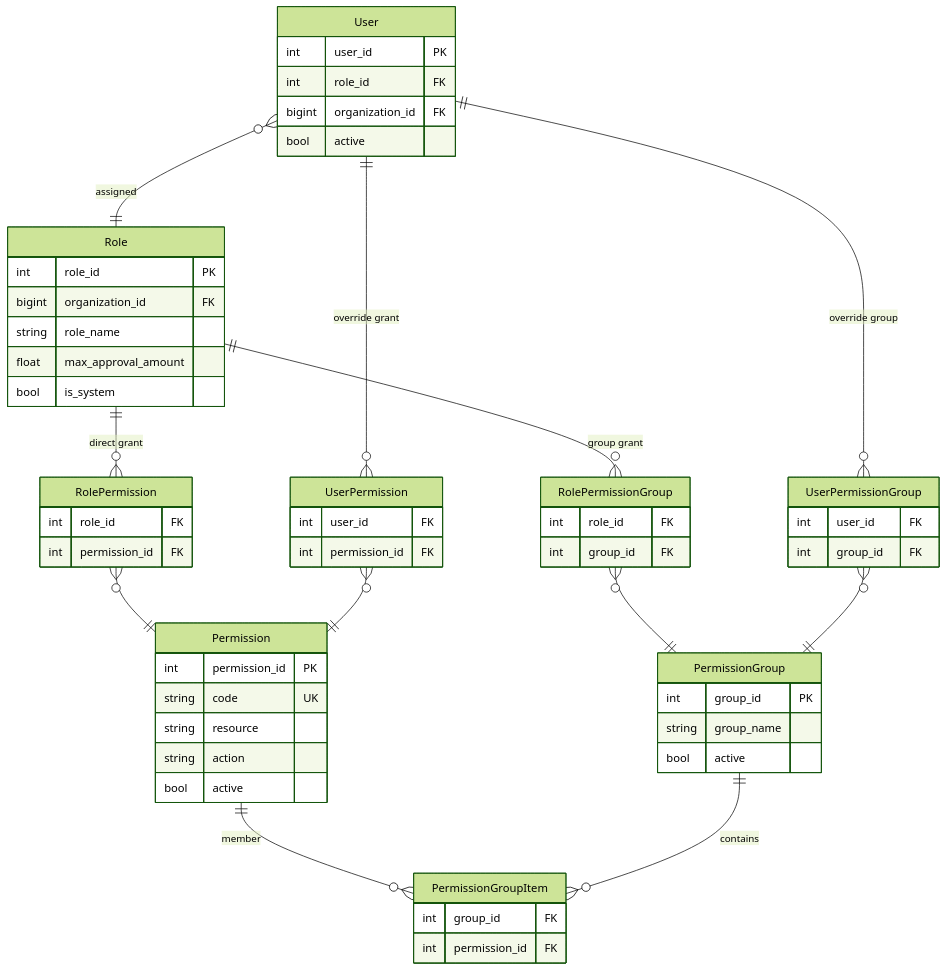
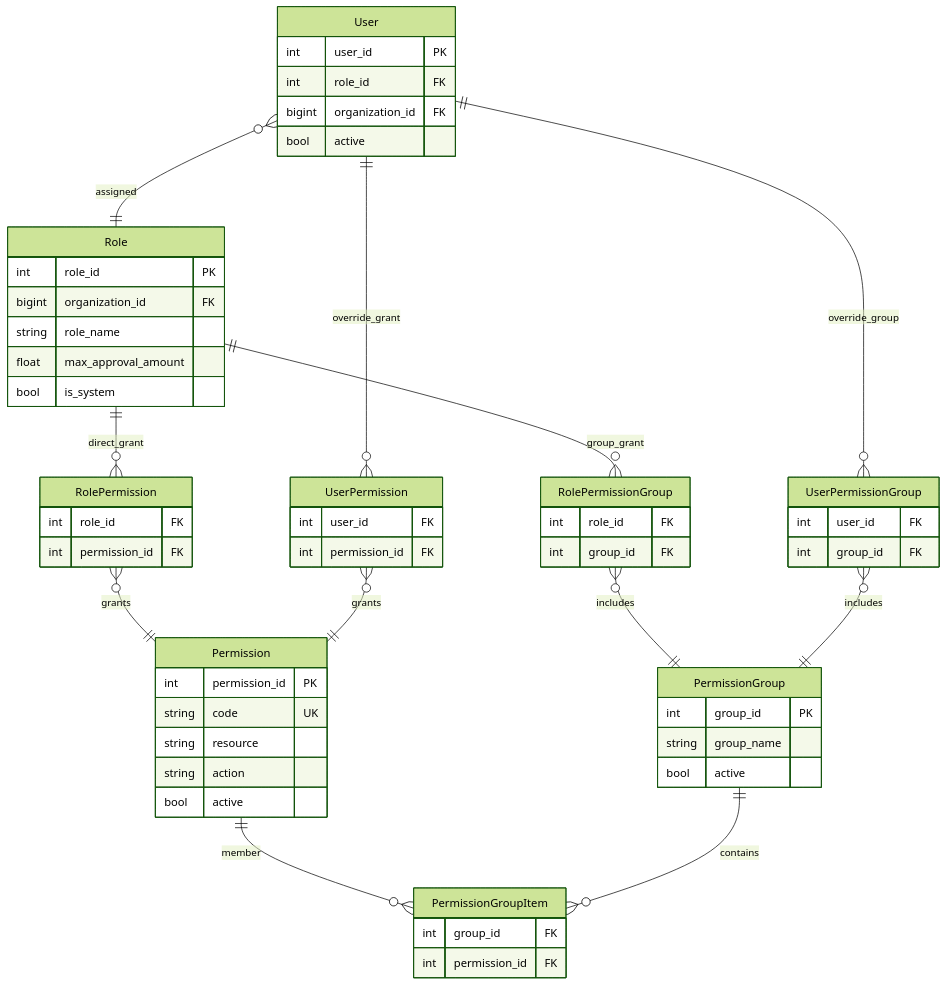
One commit to coconsulting2/cocowiki changed the second of 6 diagrams in docs/arquitectura-datos/arquitectura-aplicacion.md. Above: the diagram before and after it, drawn with Mermaid (forest theme). The commit also changed other lines of this file and 7 other files, not shown here.

First line of the commit message:
docs: enhance architecture documentation with new references and updates

````diff
--- a/docs/arquitectura-datos/arquitectura-aplicacion.md
+++ b/docs/arquitectura-datos/arquitectura-aplicacion.md
@@ -108,68 +108,68 @@
 ```mermaid
 erDiagram
     Permission {
         int permission_id PK
         string code UK
         string resource
         string action
         bool active
     }
 
     PermissionGroup {
         int group_id PK
         string group_name
         bool active
     }
 
     PermissionGroupItem {
         int group_id FK
         int permission_id FK
     }
 
     Role {
         int role_id PK
         bigint organization_id FK
         string role_name
         float max_approval_amount
         bool is_system
     }
 
     RolePermission {
         int role_id FK
         int permission_id FK
     }
 
     RolePermissionGroup {
         int role_id FK
         int group_id FK
     }
 
     User {
         int user_id PK
         int role_id FK
         bigint organization_id FK
         bool active
     }
 
     UserPermission {
         int user_id FK
         int permission_id FK
     }
 
     UserPermissionGroup {
         int user_id FK
         int group_id FK
     }
 
-    Permission ||--o{ PermissionGroupItem : "member"
-    PermissionGroup ||--o{ PermissionGroupItem : "contains"
-    Role ||--o{ RolePermission : "direct grant"
-    Role ||--o{ RolePermissionGroup : "group grant"
-    RolePermission }o--|| Permission : ""
-    RolePermissionGroup }o--|| PermissionGroup : ""
-    User ||--o{ UserPermission : "override grant"
-    User ||--o{ UserPermissionGroup : "override group"
-    UserPermission }o--|| Permission : ""
-    UserPermissionGroup }o--|| PermissionGroup : ""
-    User }o--|| Role : "assigned"
+    Permission ||--o{ PermissionGroupItem : member
+    PermissionGroup ||--o{ PermissionGroupItem : contains
+    Role ||--o{ RolePermission : direct_grant
+    Role ||--o{ RolePermissionGroup : group_grant
+    RolePermission }o--|| Permission : grants
+    RolePermissionGroup }o--|| PermissionGroup : includes
+    User ||--o{ UserPermission : override_grant
+    User ||--o{ UserPermissionGroup : override_group
+    UserPermission }o--|| Permission : grants
+    UserPermissionGroup }o--|| PermissionGroup : includes
+    User }o--|| Role : assigned
 ```
````
